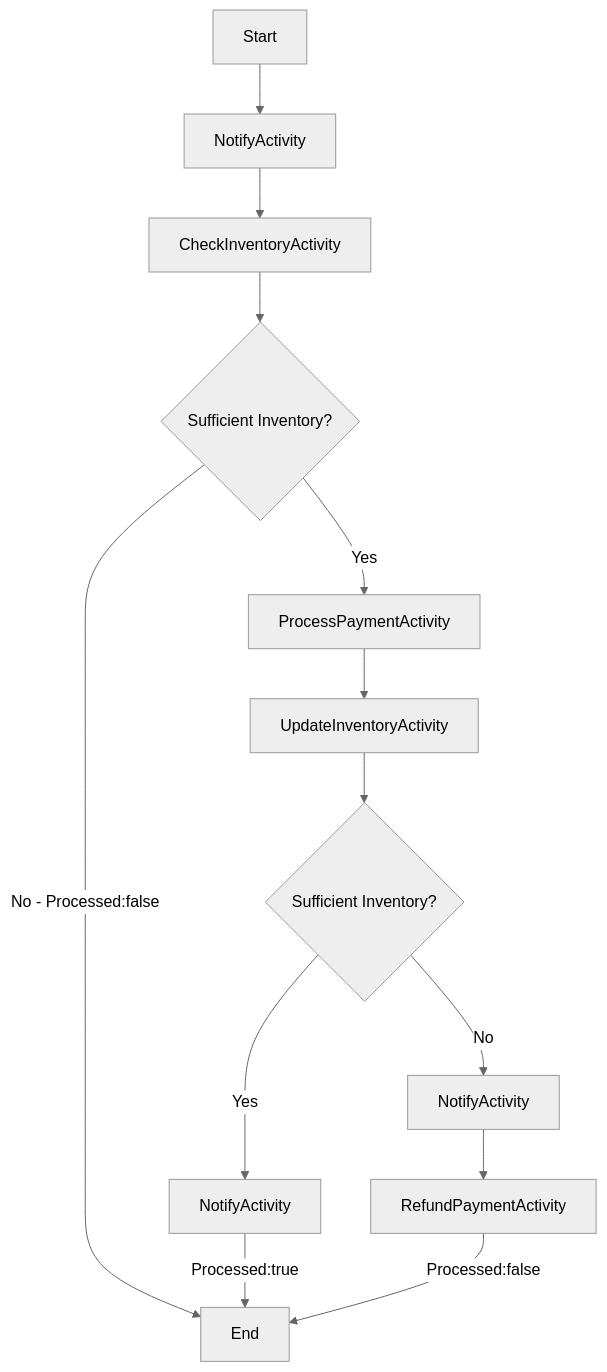
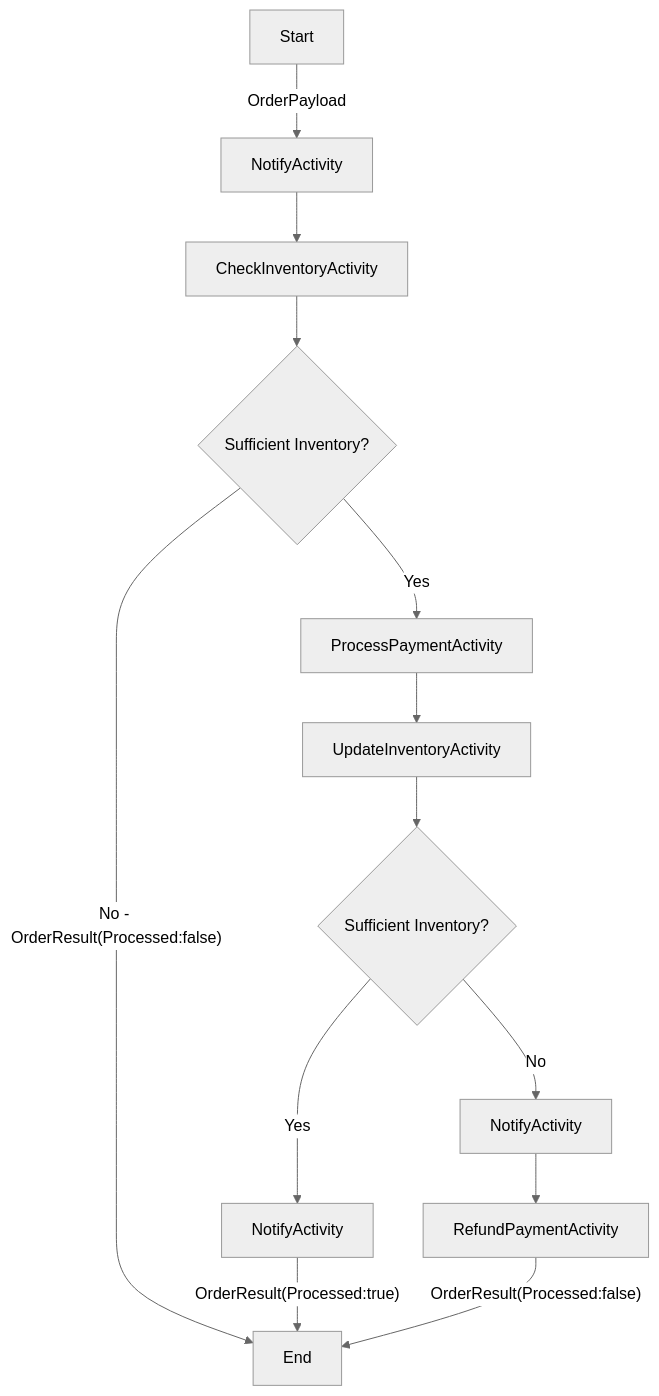
Before and after one commit to diagrid-labs/dapr-workflow-demos: the second of 2 diagrams in README.md, drawn with Mermaid (neutral theme). The commit also changed other lines of this file and 8 other files, not shown here.

````diff
--- a/README.md
+++ b/README.md
@@ -16,21 +92,21 @@
 ```mermaid
 graph TD
     A[Start]
     B[NotifyActivity]
     C[CheckInventoryActivity]
     X{Sufficient Inventory?}
     D[ProcessPaymentActivity]
     E[UpdateInventoryActivity]
     F[RefundPaymentActivity]
     BB[NotifyActivity]
     BBB[NotifyActivity]
     XX{Sufficient Inventory?}
     Z[End]
-    A --> B --> C
+    A --> |OrderPayload| B --> C
     C --> X
     X -->|Yes| D
-    X -->|No - Processed:false| Z
+    X -->|"No - OrderResult(Processed:false)"| Z
     D --> E --> XX
-    XX -->|Yes| BB --> |Processed:true| Z
-    XX -->|No| BBB --> F --> |Processed:false| Z
+    XX -->|Yes| BB --> |"OrderResult(Processed:true)"| Z
+    XX -->|No| BBB --> F --> |"OrderResult(Processed:false)"| Z
 ```
````
